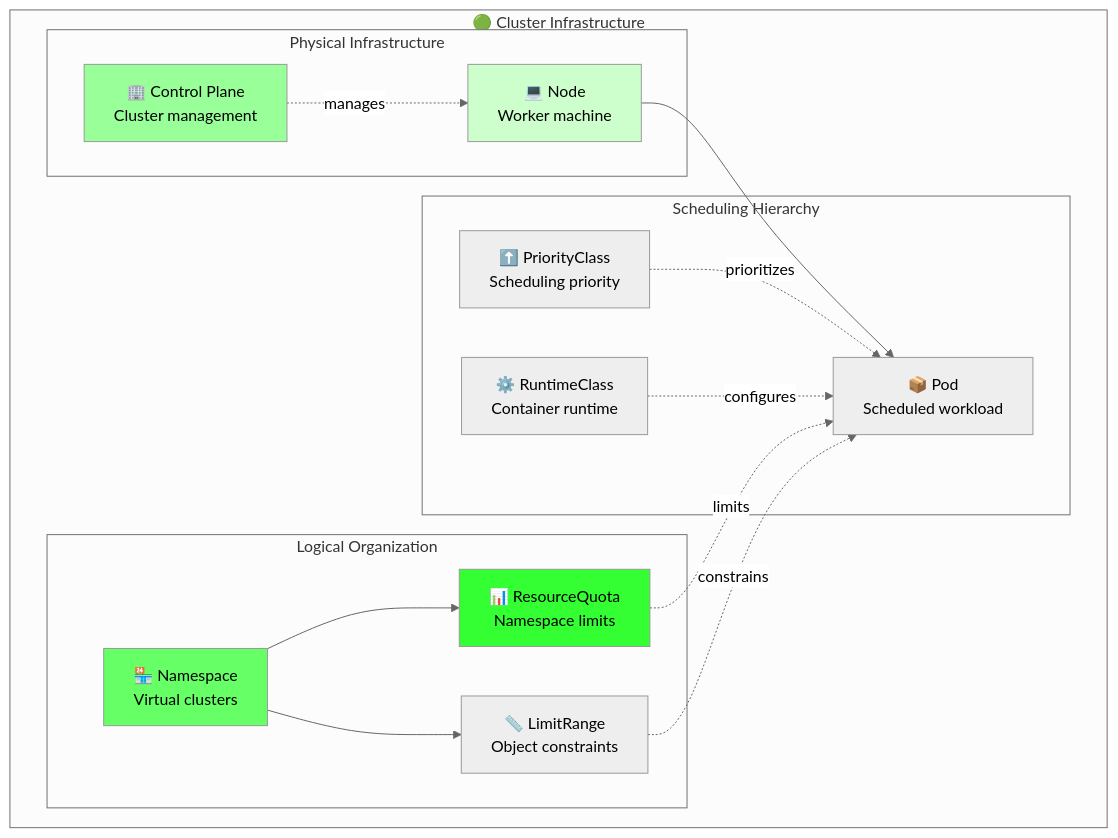
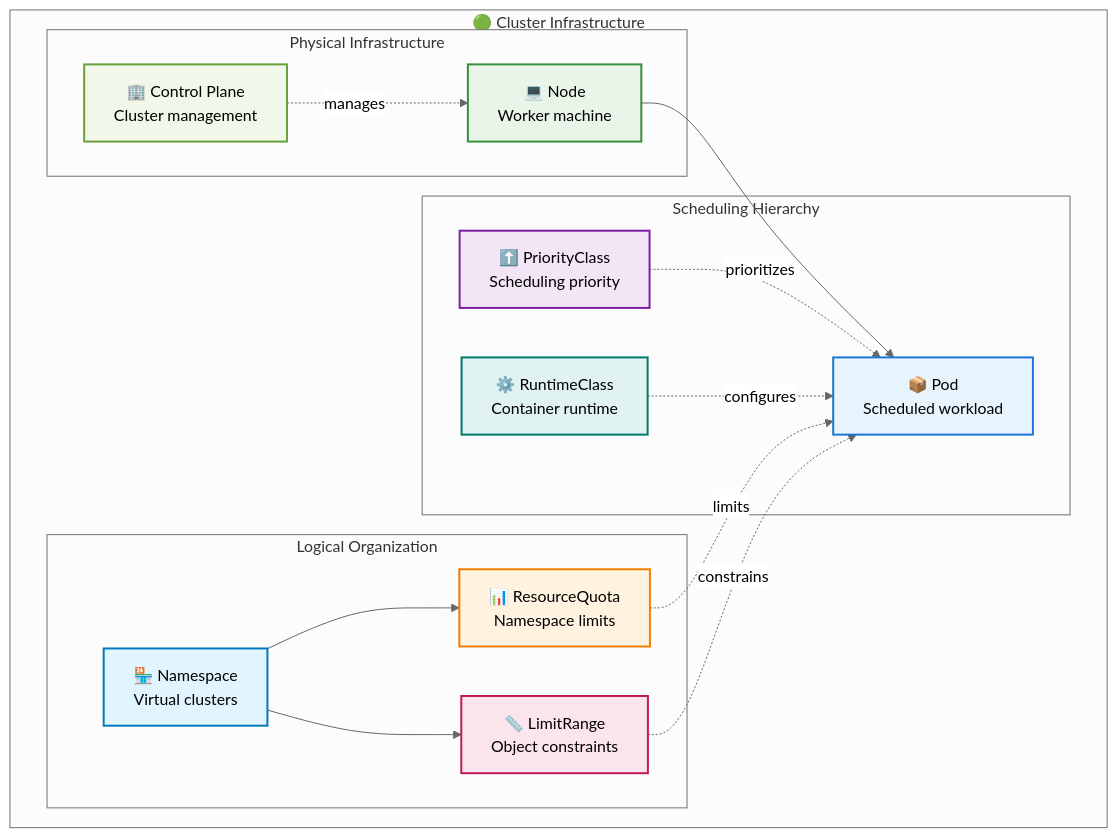
One commit to razkevich/system_design_course changed the seventh of 8 diagrams in 1.4_distributed_systems/kubernetes_developer_guide.md. Above: the diagram before and after it, drawn with Mermaid (neutral theme). The commit also changed other lines of this file, not shown here.

````diff
--- a/1.4_distributed_systems/kubernetes_developer_guide.md
+++ b/1.4_distributed_systems/kubernetes_developer_guide.md
@@ -216,38 +262,42 @@
 ```mermaid
 flowchart TD
     subgraph "🟢 Cluster Infrastructure"
         
         subgraph "Physical Infrastructure"
             ControlPlane["🏢 Control Plane<br/>Cluster management"]
             Node["💻 Node<br/>Worker machine"]
             
             ControlPlane -.->|"manages"| Node
         end
         
         subgraph "Logical Organization"
             Namespace["🏪 Namespace<br/>Virtual clusters"]
             ResourceQuota["📊 ResourceQuota<br/>Namespace limits"]
             LimitRange["📏 LimitRange<br/>Object constraints"]
             
             Namespace --> ResourceQuota
             Namespace --> LimitRange
         end
         
         subgraph "Scheduling Hierarchy"
             PriorityClass["⬆️ PriorityClass<br/>Scheduling priority"]
             RuntimeClass["⚙️ RuntimeClass<br/>Container runtime"]
             InfraPod["📦 Pod<br/>Scheduled workload"]
             
             Node --> InfraPod
             PriorityClass -.->|"prioritizes"| InfraPod
             RuntimeClass -.->|"configures"| InfraPod
             ResourceQuota -.->|"limits"| InfraPod
             LimitRange -.->|"constrains"| InfraPod
         end
     end
     
-    style Node fill:#ccffcc
-    style ControlPlane fill:#99ff99
-    style Namespace fill:#66ff66
-    style ResourceQuota fill:#33ff33
+    style InfraPod fill:#e8f4fd,stroke:#1976d2,stroke-width:2px,color:#000
+    style Node fill:#e8f5e8,stroke:#388e3c,stroke-width:2px,color:#000
+    style ControlPlane fill:#f1f8e9,stroke:#689f38,stroke-width:2px,color:#000
+    style Namespace fill:#e1f5fe,stroke:#0277bd,stroke-width:2px,color:#000
+    style ResourceQuota fill:#fff3e0,stroke:#f57c00,stroke-width:2px,color:#000
+    style LimitRange fill:#fce4ec,stroke:#c2185b,stroke-width:2px,color:#000
+    style PriorityClass fill:#f3e5f5,stroke:#7b1fa2,stroke-width:2px,color:#000
+    style RuntimeClass fill:#e0f2f1,stroke:#00796b,stroke-width:2px,color:#000
 ```
````
